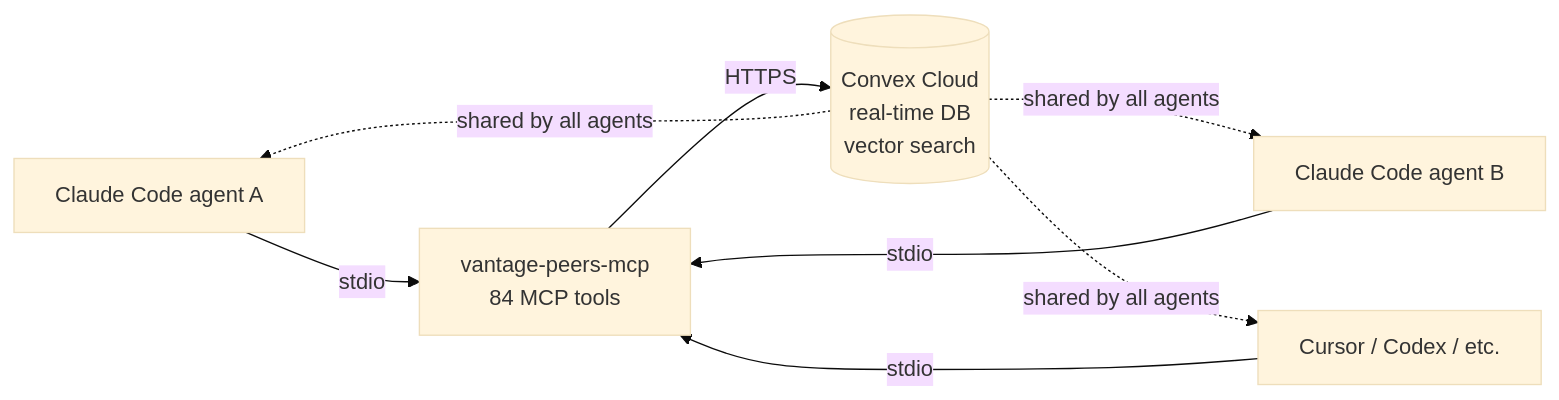
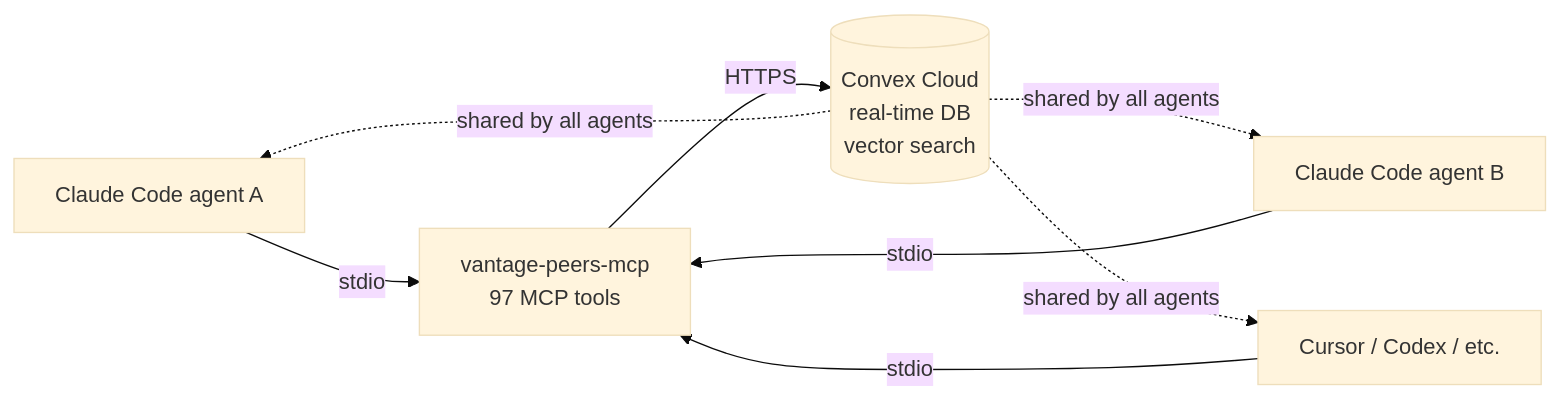
The diagram in README.md (vantageos-agency/vantage-peers), drawn with Mermaid (base theme) before and after one commit. The commit also changed other lines of this file and 5 other files, not shown here.

````diff
--- a/README.md
+++ b/README.md
@@ -49,11 +49,11 @@
 ```mermaid
 flowchart LR
     A1[Claude Code agent A] -->|stdio| MCP
     A2[Claude Code agent B] -->|stdio| MCP
     A3[Cursor / Codex / etc.] -->|stdio| MCP
-    MCP[vantage-peers-mcp<br/>84 MCP tools] -->|HTTPS| Convex
+    MCP[vantage-peers-mcp<br/>97 MCP tools] -->|HTTPS| Convex
     Convex[(Convex Cloud<br/>real-time DB<br/>vector search)]
     Convex -.shared by all agents.-> A1
     Convex -.shared by all agents.-> A2
     Convex -.shared by all agents.-> A3
 ```
````
